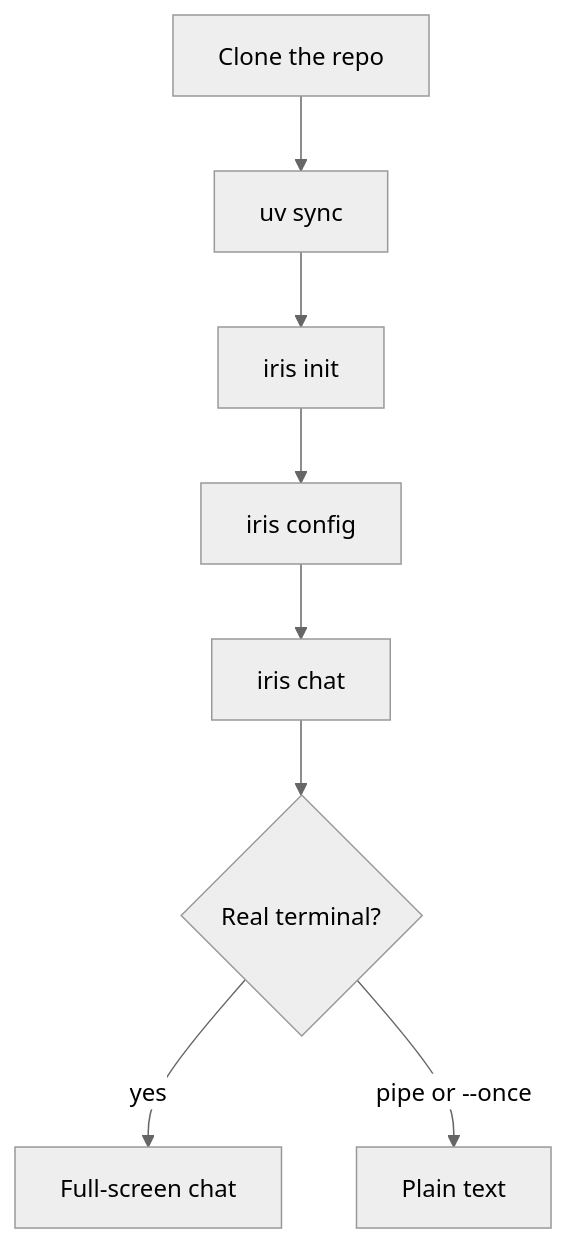
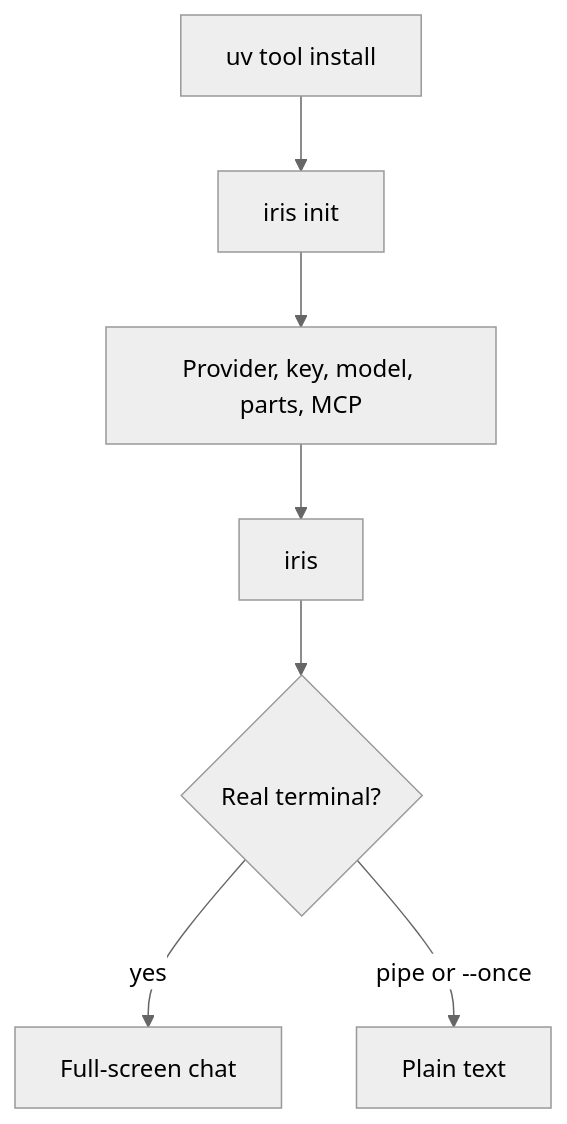
Before and after one commit to omhome16/Iris: the first of 3 diagrams in README.md, drawn with Mermaid (neutral theme). The commit also changed other lines of this file and 55 other files, not shown here.

First line of the commit message:
feat: make Iris usable from install through chat

````diff
--- a/README.md
+++ b/README.md
@@ -24,10 +30,9 @@
 ```mermaid
 flowchart TD
-  clone["Clone the repo"] --> sync["uv sync"]
-  sync --> init["iris init"]
-  init --> config["iris config"]
-  config --> chat["iris chat"]
+  install["uv tool install"] --> init["iris init"]
+  init --> wizard["Provider, key, model, parts, MCP"]
+  wizard --> chat["iris"]
   chat --> tty{"Real terminal?"}
   tty -->|yes| tui["Full-screen chat"]
   tty -->|pipe or --once| plain["Plain text"]
 ```
````
